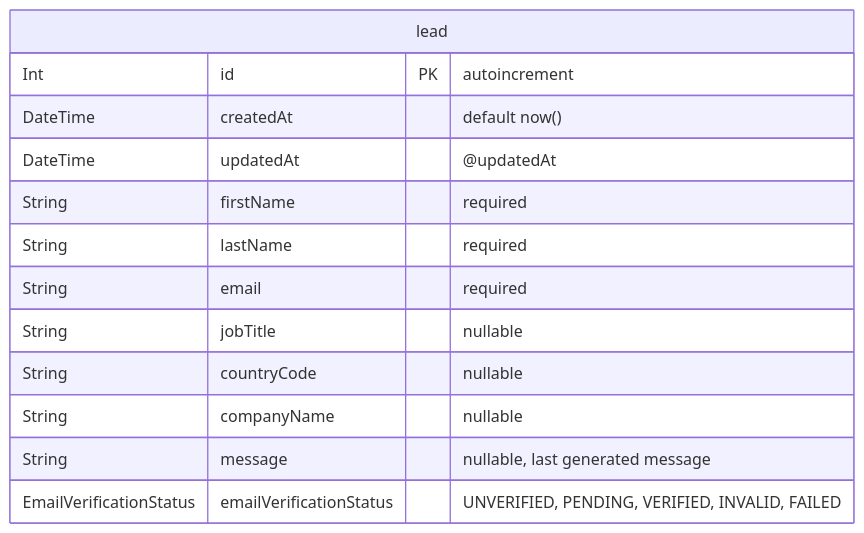
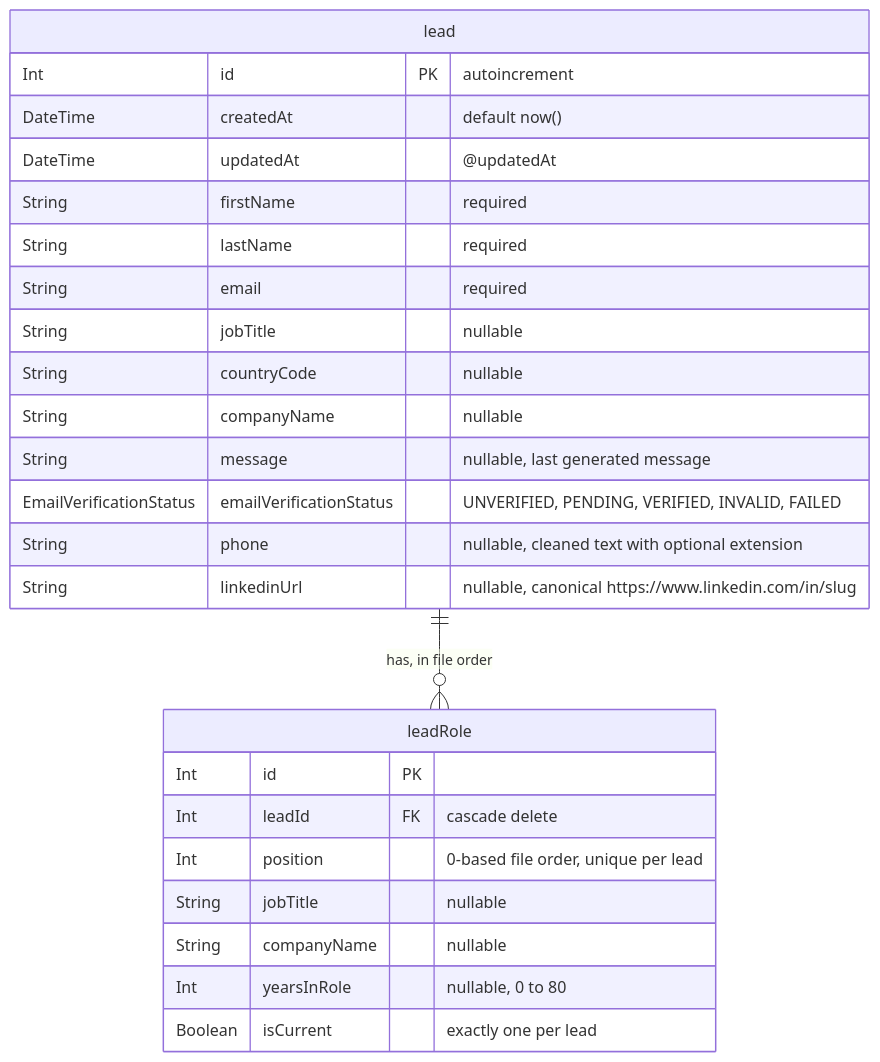
Before and after one commit to Genesy-AI/technical-task-sergi-cortes: the second of 3 diagrams in design/architecture/02-backend.md, drawn with Mermaid. The commit also changed other lines of this file and 9 other files, not shown here.

First line of the commit message:
docs: document the lead field registry, role history, and import plan

````diff
--- a/design/architecture/02-backend.md
+++ b/design/architecture/02-backend.md
@@ -47,16 +50,28 @@
 ```mermaid
 erDiagram
+    lead ||--o{ leadRole : "has, in file order"
+    leadRole {
+        Int id PK
+        Int leadId FK "cascade delete"
+        Int position "0-based file order, unique per lead"
+        String jobTitle "nullable"
+        String companyName "nullable"
+        Int yearsInRole "nullable, 0 to 80"
+        Boolean isCurrent "exactly one per lead"
+    }
     lead {
         Int id PK "autoincrement"
         DateTime createdAt "default now()"
         DateTime updatedAt "@updatedAt"
         String firstName "required"
         String lastName "required"
         String email "required"
         String jobTitle "nullable"
         String countryCode "nullable"
         String companyName "nullable"
         String message "nullable, last generated message"
         EmailVerificationStatus emailVerificationStatus "UNVERIFIED, PENDING, VERIFIED, INVALID, FAILED"
+        String phone "nullable, cleaned text with optional extension"
+        String linkedinUrl "nullable, canonical https://www.linkedin.com/in/slug"
     }
 ```
````
